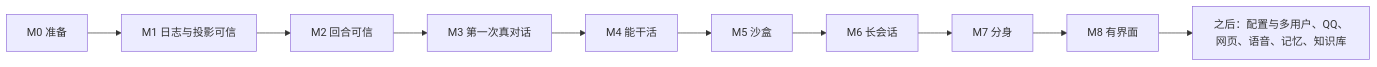
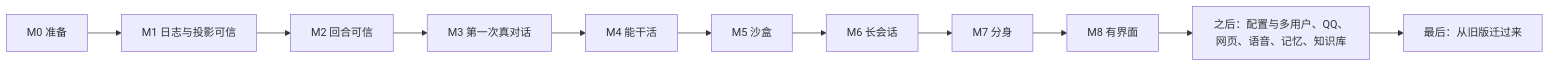
Before and after one commit to SHORiN-KiWATA/miyu-agent-remake: the diagram in docs/construction/README.md, drawn with Mermaid. The commit also changed other lines of this file and 4 other files, not shown here.

First line of the commit message:
docs: 新画迁移图纸 27（项目主人定：全部做完以后用单独的迁移程序迁，新版不背旧版的兼容债；聊天记录迁成只读存档，记忆原样存着，旧目录打成压缩包）；存储图纸里认不出的数据根只有一种说法，不再认旧版

````diff
--- a/docs/construction/README.md
+++ b/docs/construction/README.md
@@ -25,6 +25,7 @@
 ```mermaid
 flowchart LR
     m0["M0 准备"] --> m1["M1 日志与投影可信"] --> m2["M2 回合可信"] --> m3["M3 第一次真对话"]
     m3 --> m4["M4 能干活"] --> m5["M5 沙盒"] --> m6["M6 长会话"] --> m7["M7 分身"] --> m8["M8 有界面"]
     m8 --> later["之后：配置与多用户、QQ、网页、语音、记忆、知识库"]
+    later --> migrate["最后：从旧版迁过来"]
 ```
````
